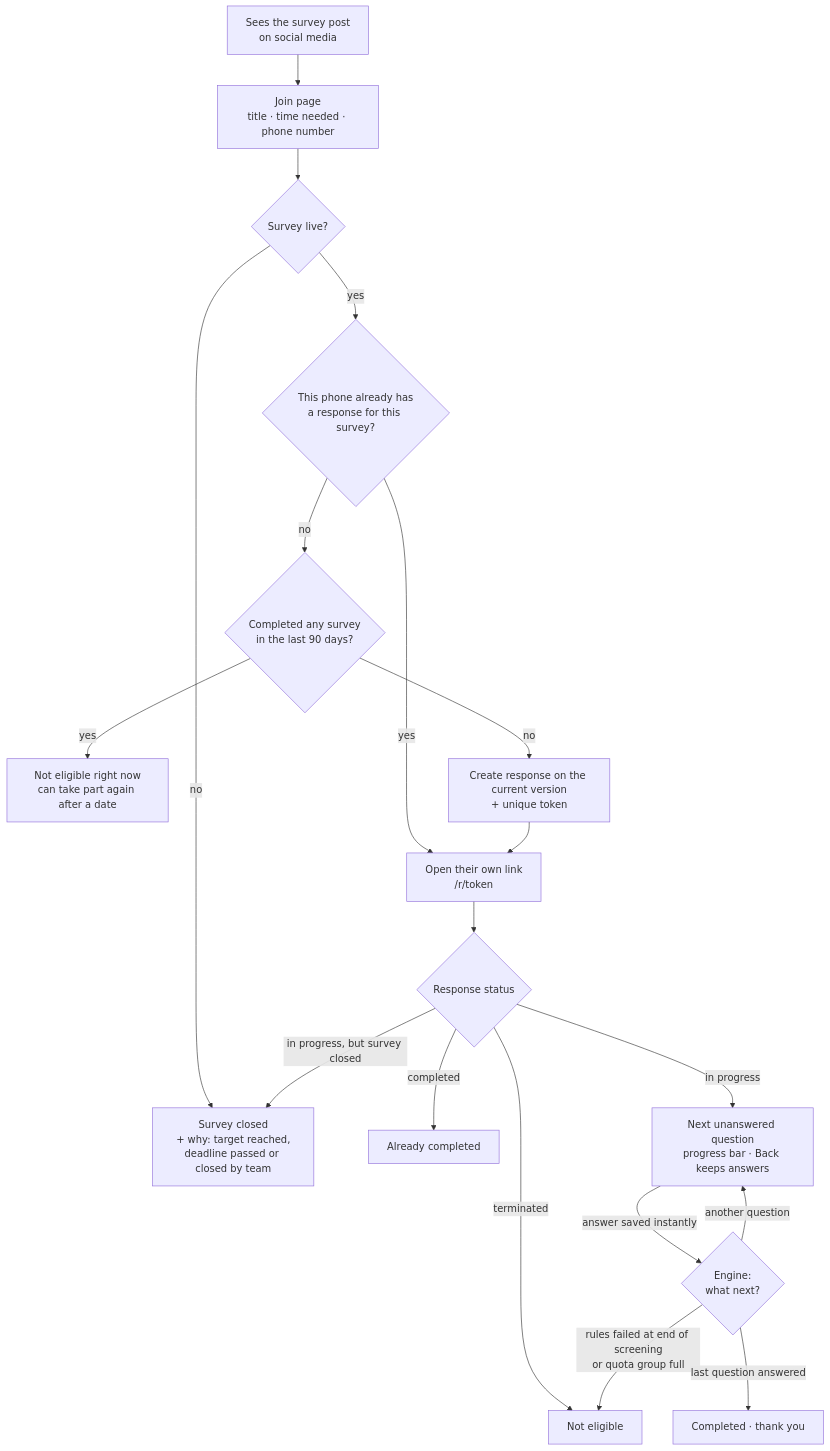
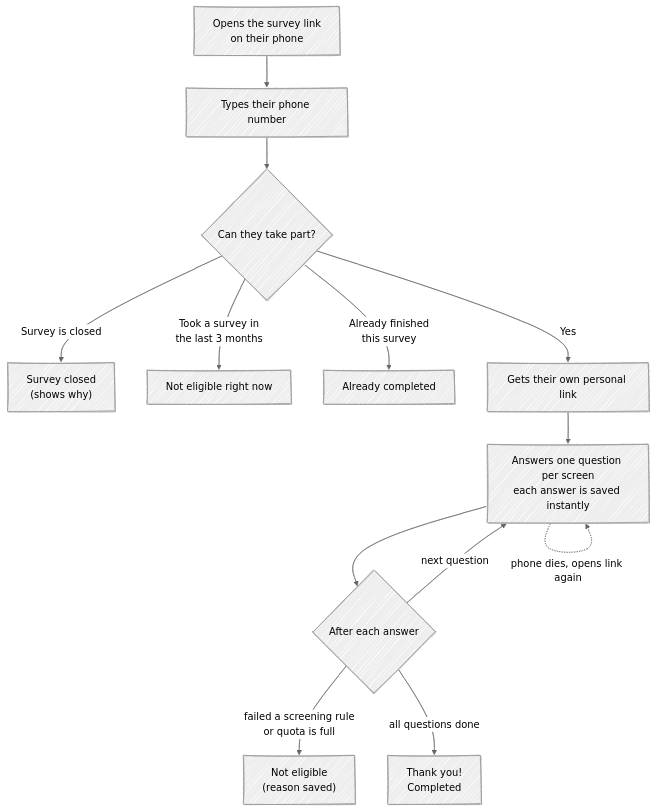
One commit to Suraj945gh/Custom-Survey-System changed the second of 2 diagrams in design/user_flow.md. Above: the diagram before and after it, drawn with Mermaid. The commit also changed other lines of this file and 11 other files, not shown here.

Commit message:
simplified user flow and database diagrams for clarity

````diff
--- a/design/user_flow.md
+++ b/design/user_flow.md
@@ -76,21 +40,20 @@
 ```mermaid
+---
+config:
+  look: handDrawn
+  theme: neutral
+---
 flowchart TD
-  S["Sees the survey post<br/>on social media"] --> J["Join page<br/>title · time needed · phone number"]
-  J --> C1{"Survey live?"}
-  C1 -- "no" --> E1["Survey closed<br/>+ why: target reached,<br/>deadline passed or closed by team"]
-  C1 -- "yes" --> C2{"This phone already has<br/>a response for this survey?"}
-  C2 -- "yes" --> R["Open their own link<br/>/r/token"]
-  C2 -- "no" --> C3{"Completed any survey<br/>in the last 90 days?"}
-  C3 -- "yes" --> E2["Not eligible right now<br/>can take part again after a date"]
-  C3 -- "no" --> N["Create response on the current version<br/>+ unique token"]
-  N --> R
-  R --> C4{"Response status"}
-  C4 -- "completed" --> E3["Already completed"]
-  C4 -- "terminated" --> E4["Not eligible"]
-  C4 -- "in progress, but survey closed" --> E1
-  C4 -- "in progress" --> Q["Next unanswered question<br/>progress bar · Back keeps answers"]
-  Q -- "answer saved instantly" --> EN{"Engine:<br/>what next?"}
-  EN -- "another question" --> Q
-  EN -- "rules failed at end of screening<br/>or quota group full" --> E4
-  EN -- "last question answered" --> E5["Completed · thank you"]
+  A["Opens the survey link<br/>on their phone"] --> B["Types their phone number"]
+  B --> C{"Can they take part?"}
+  C -- "Survey is closed" --> X1["Survey closed<br/>(shows why)"]
+  C -- "Took a survey in<br/>the last 3 months" --> X2["Not eligible right now"]
+  C -- "Already finished<br/>this survey" --> X3["Already completed"]
+  C -- "Yes" --> D["Gets their own personal link"]
+  D --> E["Answers one question per screen<br/>each answer is saved instantly"]
+  E --> F{"After each answer"}
+  F -- "next question" --> E
+  F -- "failed a screening rule<br/>or quota is full" --> X4["Not eligible<br/>(reason saved)"]
+  F -- "all questions done" --> X5["Thank you!<br/>Completed"]
+  E -. "phone dies, opens link again" .-> E
 ```
````
